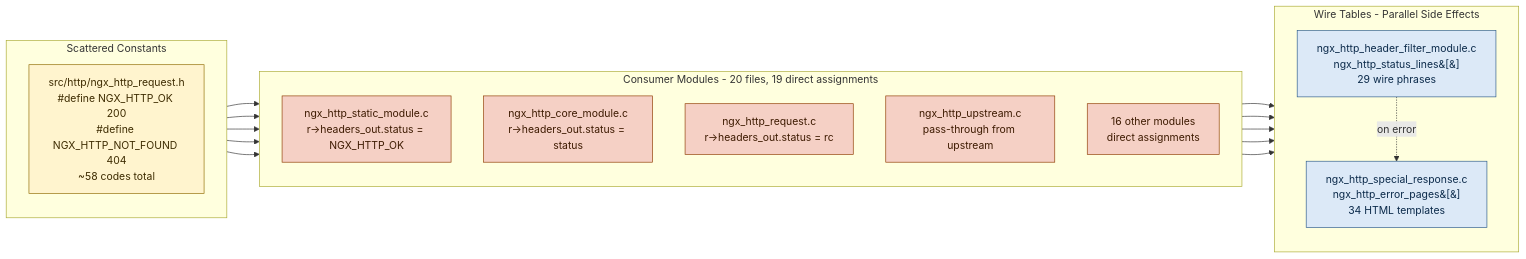
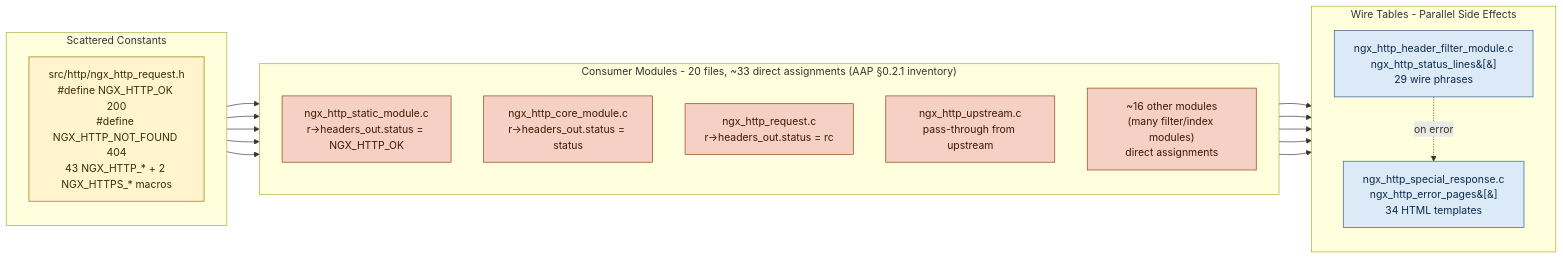
One commit to Blitzy-Sandbox/blitzy-nginx changed the first of 5 diagrams in docs/architecture/status_code_refactor.md. Above: the diagram before and after it, drawn with Mermaid. The commit also changed other lines of this file and 6 other files, not shown here.

````diff
--- a/docs/architecture/status_code_refactor.md
+++ b/docs/architecture/status_code_refactor.md
@@ -27,41 +27,41 @@
 ```mermaid
 flowchart LR
     subgraph Constants["Scattered Constants"]
         direction TB
-        A1["src/http/ngx_http_request.h<br/>#define NGX_HTTP_OK 200<br/>#define NGX_HTTP_NOT_FOUND 404<br/>~58 codes total"]
+        A1["src/http/ngx_http_request.h<br/>#define NGX_HTTP_OK 200<br/>#define NGX_HTTP_NOT_FOUND 404<br/>43 NGX_HTTP_* + 2 NGX_HTTPS_* macros"]
     end
 
-    subgraph Consumers["Consumer Modules - 20 files, 19 direct assignments"]
+    subgraph Consumers["Consumer Modules - 20 files, ~33 direct assignments (AAP §0.2.1 inventory)"]
         direction TB
         B1["ngx_http_static_module.c<br/>r->headers_out.status = NGX_HTTP_OK"]
         B2["ngx_http_core_module.c<br/>r->headers_out.status = status"]
         B3["ngx_http_request.c<br/>r->headers_out.status = rc"]
         B4["ngx_http_upstream.c<br/>pass-through from upstream"]
-        B5["16 other modules<br/>direct assignments"]
+        B5["~16 other modules<br/>(many filter/index modules)<br/>direct assignments"]
     end
 
     subgraph WireTables["Wire Tables - Parallel Side Effects"]
         direction TB
         C1["ngx_http_header_filter_module.c<br/>ngx_http_status_lines&#91;&#93;<br/>29 wire phrases"]
         C2["ngx_http_special_response.c<br/>ngx_http_error_pages&#91;&#93;<br/>34 HTML templates"]
     end
 
     A1 --> B1
     A1 --> B2
     A1 --> B3
     A1 --> B4
     A1 --> B5
     B1 --> C1
     B2 --> C1
     B3 --> C1
     B4 --> C1
     B5 --> C1
     C1 -. on error .-> C2
 
     classDef constBox fill:#fff4ce,stroke:#8f6b00,color:#3d2b00
     classDef consumerBox fill:#f5d0c5,stroke:#8f3b00,color:#3d1a00
     classDef wireBox fill:#dce9f7,stroke:#2a5a8a,color:#0b2a4a
     class A1 constBox
     class B1,B2,B3,B4,B5 consumerBox
     class C1,C2 wireBox
 ```
````
